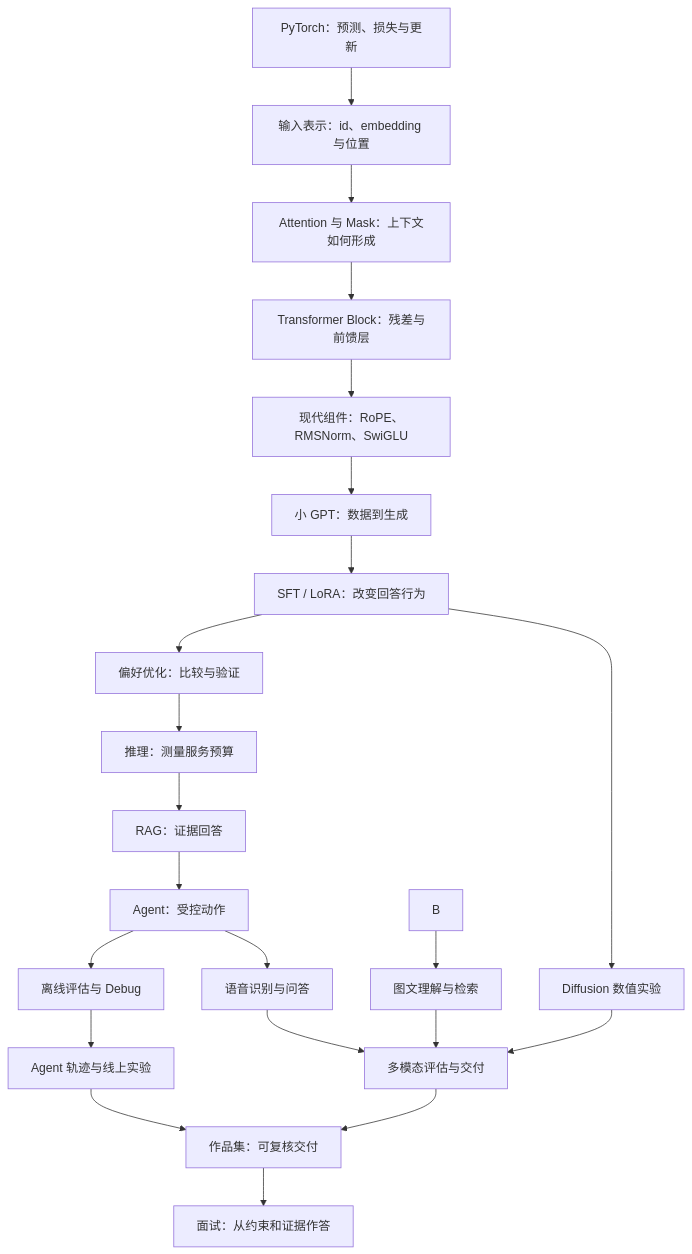
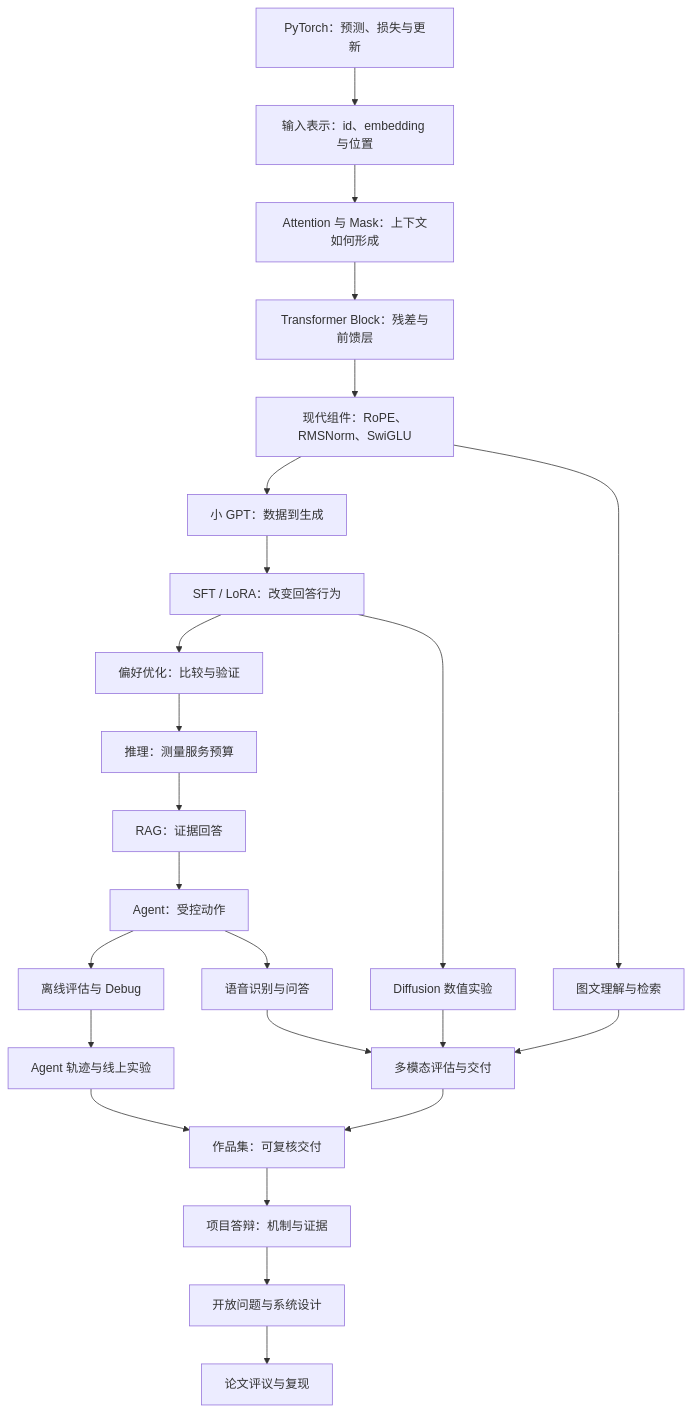
One commit to ChanChiChoi/llm-from-zero-to-interview changed the diagram in book-03-practical-handbook/简介.md. Above: the diagram before and after it, drawn with Mermaid. The commit also changed other lines of this file and 47 other files, not shown here.

````diff
--- a/book-03-practical-handbook/简介.md
+++ b/book-03-practical-handbook/简介.md
@@ -31,24 +31,26 @@
 ```mermaid
 flowchart TD
     A["PyTorch：预测、损失与更新"] --> B1["输入表示：id、embedding 与位置"]
     B1 --> B2["Attention 与 Mask：上下文如何形成"]
     B2 --> B3["Transformer Block：残差与前馈层"]
     B3 --> B4["现代组件：RoPE、RMSNorm、SwiGLU"]
     B4 --> C["小 GPT：数据到生成"]
     C --> D["SFT / LoRA：改变回答行为"]
     D --> E["偏好优化：比较与验证"]
     E --> F["推理：测量服务预算"]
     F --> G["RAG：证据回答"]
     G --> H["Agent：受控动作"]
     H --> I["离线评估与 Debug"]
     I --> J["Agent 轨迹与线上实验"]
     J --> K["作品集：可复核交付"]
-    K --> L["面试：从约束和证据作答"]
-    B --> M["图文理解与检索"]
+    K --> L["项目答辩：机制与证据"]
+    L --> Q["开放问题与系统设计"]
+    Q --> R["论文评议与复现"]
+    B4 --> M["图文理解与检索"]
     D --> N["Diffusion 数值实验"]
     H --> O["语音识别与问答"]
     M --> P["多模态评估与交付"]
     N --> P
     O --> P
     P --> K
 ```
````
